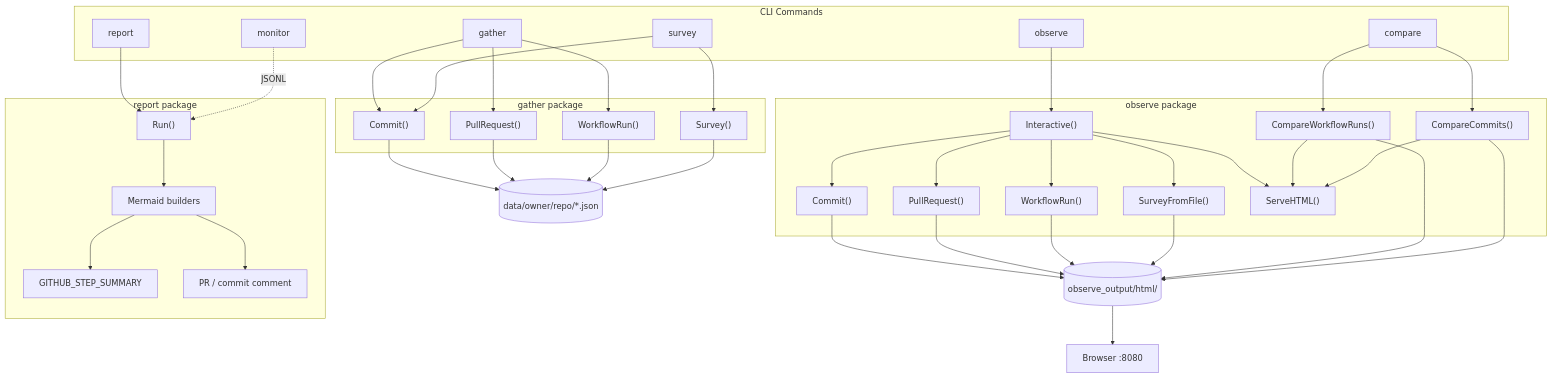
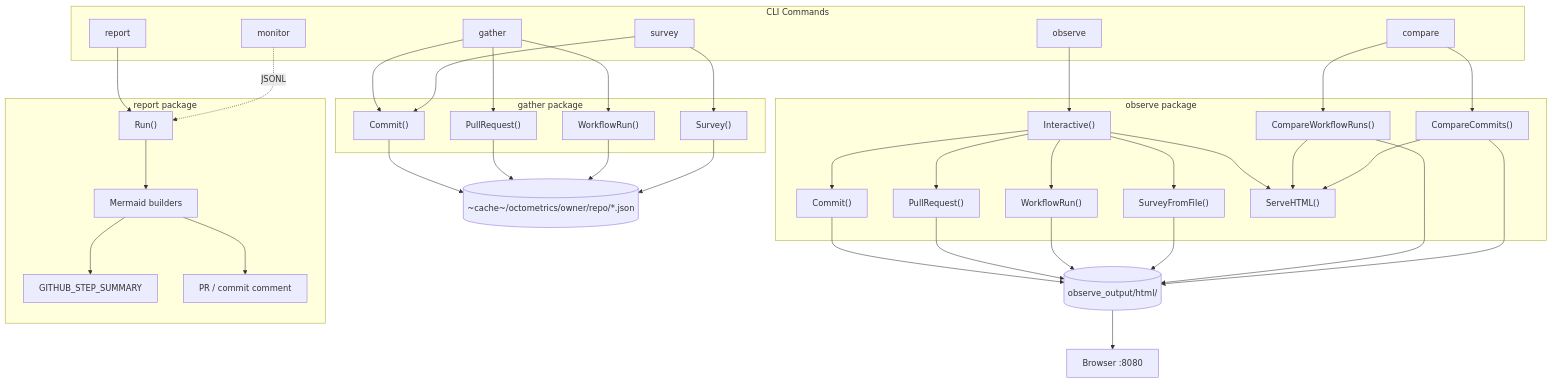
The first of 5 diagrams in design.md (kalverra/octometrics), drawn with Mermaid before and after one commit. The commit also changed other lines of this file and 7 other files, not shown here.

Commit message:
Use OS cache dir instead of data/

````diff
--- a/design.md
+++ b/design.md
@@ -7,74 +7,74 @@
 ```mermaid
 flowchart TD
     subgraph commands [CLI Commands]
         Gather[gather]
         Survey[survey]
         Observe[observe]
         Compare[compare]
         Monitor[monitor]
         Report[report]
     end
 
     subgraph gatherPkg [gather package]
         GatherCommit["Commit()"]
         GatherPR["PullRequest()"]
         GatherWF["WorkflowRun()"]
         GatherSurvey["Survey()"]
     end
 
     subgraph observePkg [observe package]
         ObsCommit["Commit()"]
         ObsPR["PullRequest()"]
         ObsWF["WorkflowRun()"]
         ObsSurvey["SurveyFromFile()"]
         ObsCompareWF["CompareWorkflowRuns()"]
         ObsCompareCmt["CompareCommits()"]
         Interactive["Interactive()"]
         ServeHTML["ServeHTML()"]
     end
 
     Gather --> GatherCommit
     Gather --> GatherPR
     Gather --> GatherWF
     Survey --> GatherSurvey
     Survey --> GatherCommit
 
     Observe --> Interactive
     Interactive --> ObsCommit
     Interactive --> ObsPR
     Interactive --> ObsWF
     Interactive --> ObsSurvey
     Interactive --> ServeHTML
 
     Compare --> ObsCompareWF
     Compare --> ObsCompareCmt
     ObsCompareWF --> ServeHTML
     ObsCompareCmt --> ServeHTML
 
-    GatherCommit --> JSON[(data/owner/repo/*.json)]
+    GatherCommit --> JSON[("~cache~/octometrics/owner/repo/*.json")]
     GatherPR --> JSON
     GatherWF --> JSON
     GatherSurvey --> JSON
 
     ObsCommit --> HTML[(observe_output/html/)]
     ObsPR --> HTML
     ObsWF --> HTML
     ObsSurvey --> HTML
     ObsCompareWF --> HTML
     ObsCompareCmt --> HTML
 
     HTML --> Browser[Browser :8080]
 
     subgraph reportPkg [report package]
         ReportRun["Run()"]
         MermaidBuild["Mermaid builders"]
         StepSummary["GITHUB_STEP_SUMMARY"]
         PRComment["PR / commit comment"]
     end
 
     Report --> ReportRun
     ReportRun --> MermaidBuild
     MermaidBuild --> StepSummary
     MermaidBuild --> PRComment
     Monitor -.->|JSONL| ReportRun
 ```
````
